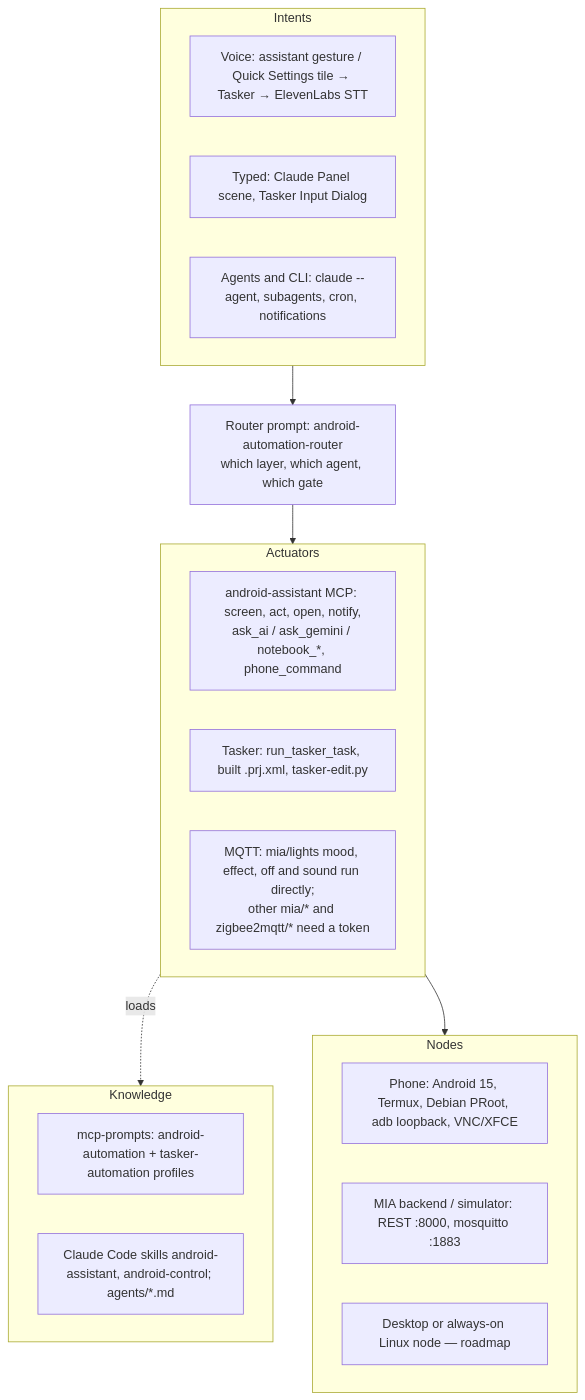
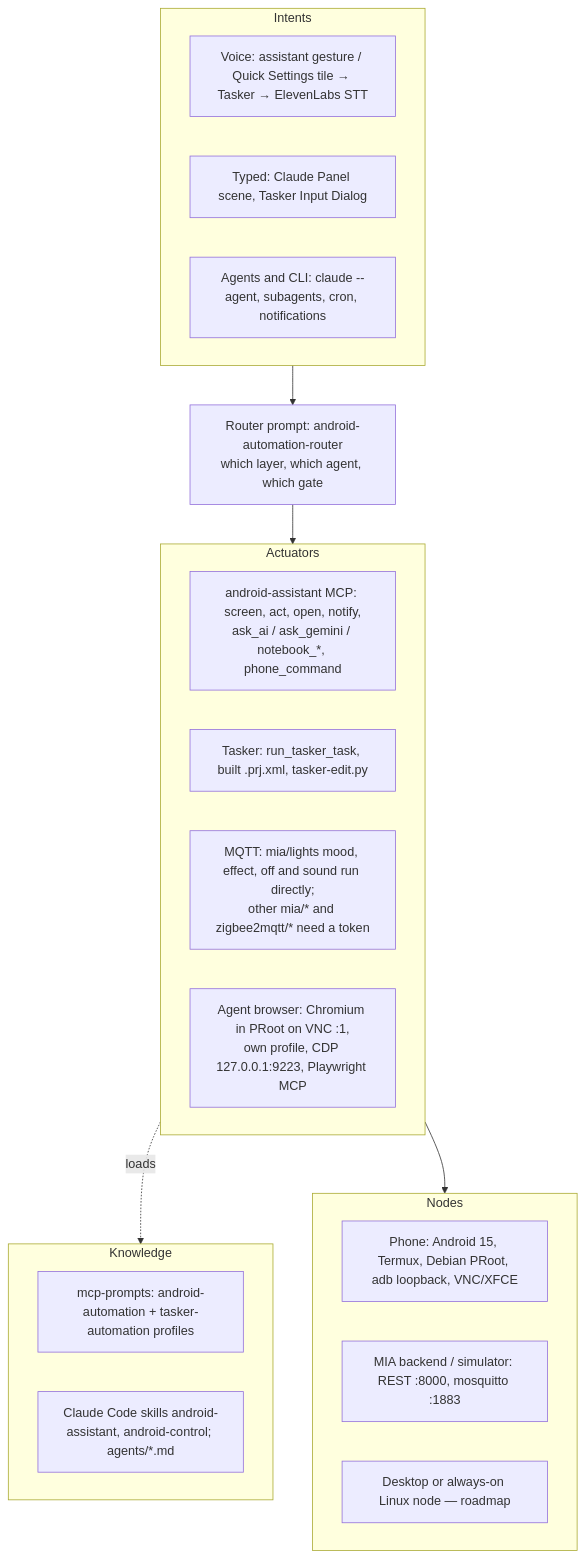
The diagram in docs/10-android-automation.md (sparesparrow/mcp-prompts), drawn with Mermaid before and after one commit. The commit also changed other lines of this file and 4 other files, not shown here.

First line of the commit message:
feat(prompts): android-browser-agent, the agent browser in docs/10 (#144)

````diff
--- a/docs/10-android-automation.md
+++ b/docs/10-android-automation.md
@@ -60,26 +60,27 @@
 ```mermaid
 flowchart TD
   subgraph I[Intents]
     V[Voice: assistant gesture / Quick Settings tile → Tasker → ElevenLabs STT]
     T[Typed: Claude Panel scene, Tasker Input Dialog]
     A[Agents and CLI: claude --agent, subagents, cron, notifications]
   end
   R[Router prompt: android-automation-router<br/>which layer, which agent, which gate]
   subgraph X[Actuators]
     M[android-assistant MCP: screen, act, open, notify,<br/>ask_ai / ask_gemini / notebook_*, phone_command]
     K[Tasker: run_tasker_task, built .prj.xml, tasker-edit.py]
     Q[MQTT: mia/lights mood, effect, off and sound run directly;<br/>other mia/* and zigbee2mqtt/* need a token]
+    B[Agent browser: Chromium in PRoot on VNC :1,<br/>own profile, CDP 127.0.0.1:9223, Playwright MCP]
   end
   subgraph N[Knowledge]
     P[mcp-prompts: android-automation + tasker-automation profiles]
     S[Claude Code skills android-assistant, android-control; agents/*.md]
   end
   subgraph D[Nodes]
     PH[Phone: Android 15, Termux, Debian PRoot, adb loopback, VNC/XFCE]
     MI[MIA backend / simulator: REST :8000, mosquitto :1883]
     DE[Desktop or always-on Linux node — roadmap]
   end
   I --> R --> X
   X -.loads.-> N
   X --> D
 ```
````
